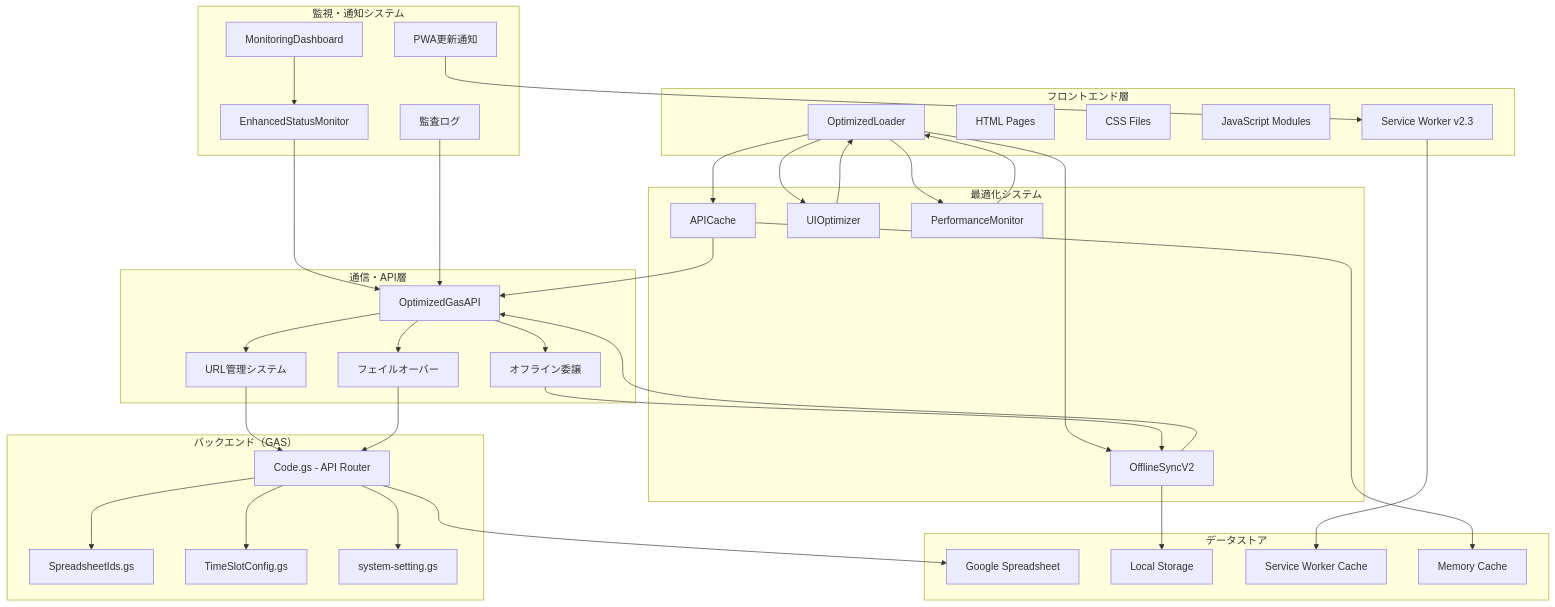
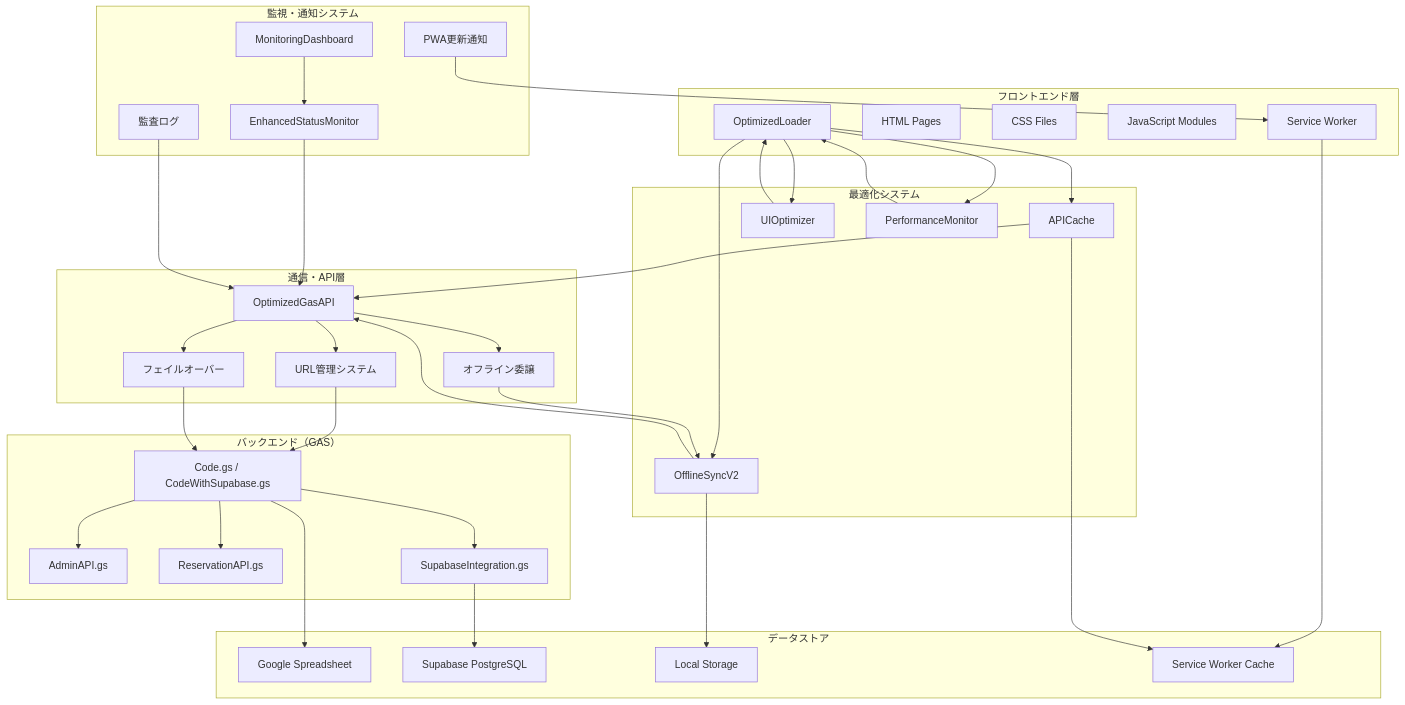
One commit to J105588/tickets-new changed the first of 4 diagrams in README.md. Above: the diagram before and after it, drawn with Mermaid. The commit also changed other lines of this file and 2 other files, not shown here.

First line of the commit message:
Enhance reservation filtering with year parameter in Supabase integration

````diff
--- a/README.md
+++ b/README.md
@@ -155,71 +468,72 @@
 ```mermaid
 graph TB
   subgraph "フロントエンド層"
     A[OptimizedLoader]
     B[HTML Pages]
     C[CSS Files]
     D[JavaScript Modules]
-    E[Service Worker v2.3]
+    E[Service Worker]
   end
   
   subgraph "最適化システム"
     F[APICache]
     G[UIOptimizer]
     H[PerformanceMonitor]
     I[OfflineSyncV2]
   end
   
   subgraph "通信・API層"
     J[OptimizedGasAPI]
     K[URL管理システム]
     L[フェイルオーバー]
     M[オフライン委譲]
   end
   
   subgraph "監視・通知システム"
     N[EnhancedStatusMonitor]
     O[MonitoringDashboard]
     P[PWA更新通知]
     Q[監査ログ]
   end
   
   subgraph "バックエンド（GAS）"
-    R[Code.gs - API Router]
-    S[SpreadsheetIds.gs]
-    T[TimeSlotConfig.gs]
-    U[system-setting.gs]
+    R[Code.gs / CodeWithSupabase.gs]
+    S[AdminAPI.gs]
+    T[ReservationAPI.gs]
+    U[SupabaseIntegration.gs]
   end
   
   subgraph "データストア"
     V[Google Spreadsheet]
-    W[Local Storage]
-    X[Service Worker Cache]
-    Y[Memory Cache]
+    W[Supabase PostgreSQL]
+    X[Local Storage]
+    Y[Service Worker Cache]
   end
   
   A --> F
   A --> G
   A --> H
   A --> I
   F --> J
   G --> A
   H --> A
   I --> J
   J --> K
   J --> L
   J --> M
   K --> R
   L --> R
   M --> I
   N --> J
   O --> N
   P --> E
   Q --> J
   R --> S
   R --> T
   R --> U
+  U --> W
   R --> V
-  I --> W
-  E --> X
+  I --> X
+  E --> Y
   F --> Y
 ```
````
